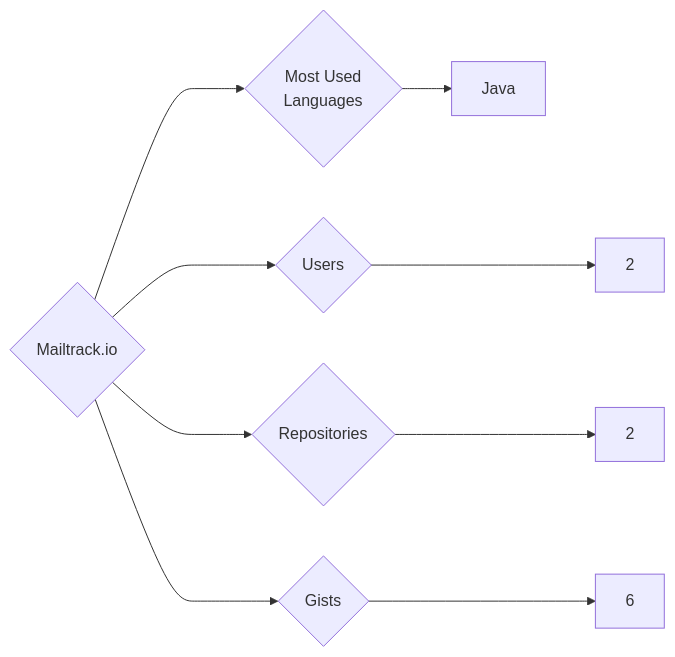
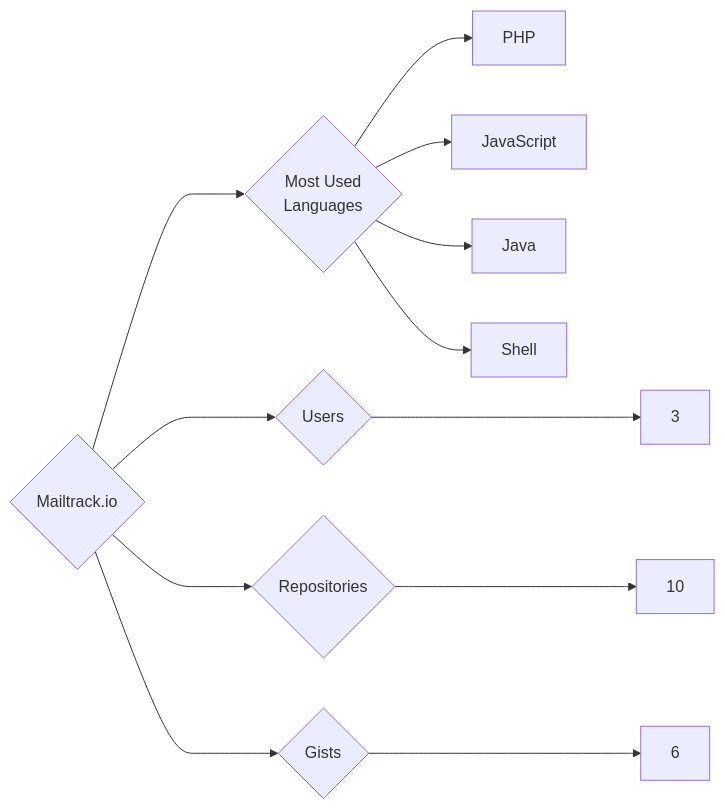
One commit to trickest/insiders changed the diagram in targets/Mailtrack.io/README.md. Above: the diagram before and after it, drawn with Mermaid. The commit also changed 916 other files, not shown here.

````diff
--- a/targets/Mailtrack.io/README.md
+++ b/targets/Mailtrack.io/README.md
@@ -3,9 +3,12 @@
 ```mermaid
 graph LR
 COMPANY_NAME{Mailtrack.io}
-COMPANY_NAME ---> U{Users} ---> UN[2]
-COMPANY_NAME ---> R{Repositories} ---> RN[2]
+COMPANY_NAME ---> U{Users} ---> UN[3]
+COMPANY_NAME ---> R{Repositories} ---> RN[10]
 COMPANY_NAME ---> G{Gists} ---> GN[6]
 COMPANY_NAME ---> ML{Most Used<br>Languages}
+ML --> PHP[PHP]
+ML --> JavaScript[JavaScript]
 ML --> Java[Java]
+ML --> Shell[Shell]
 ```
````
